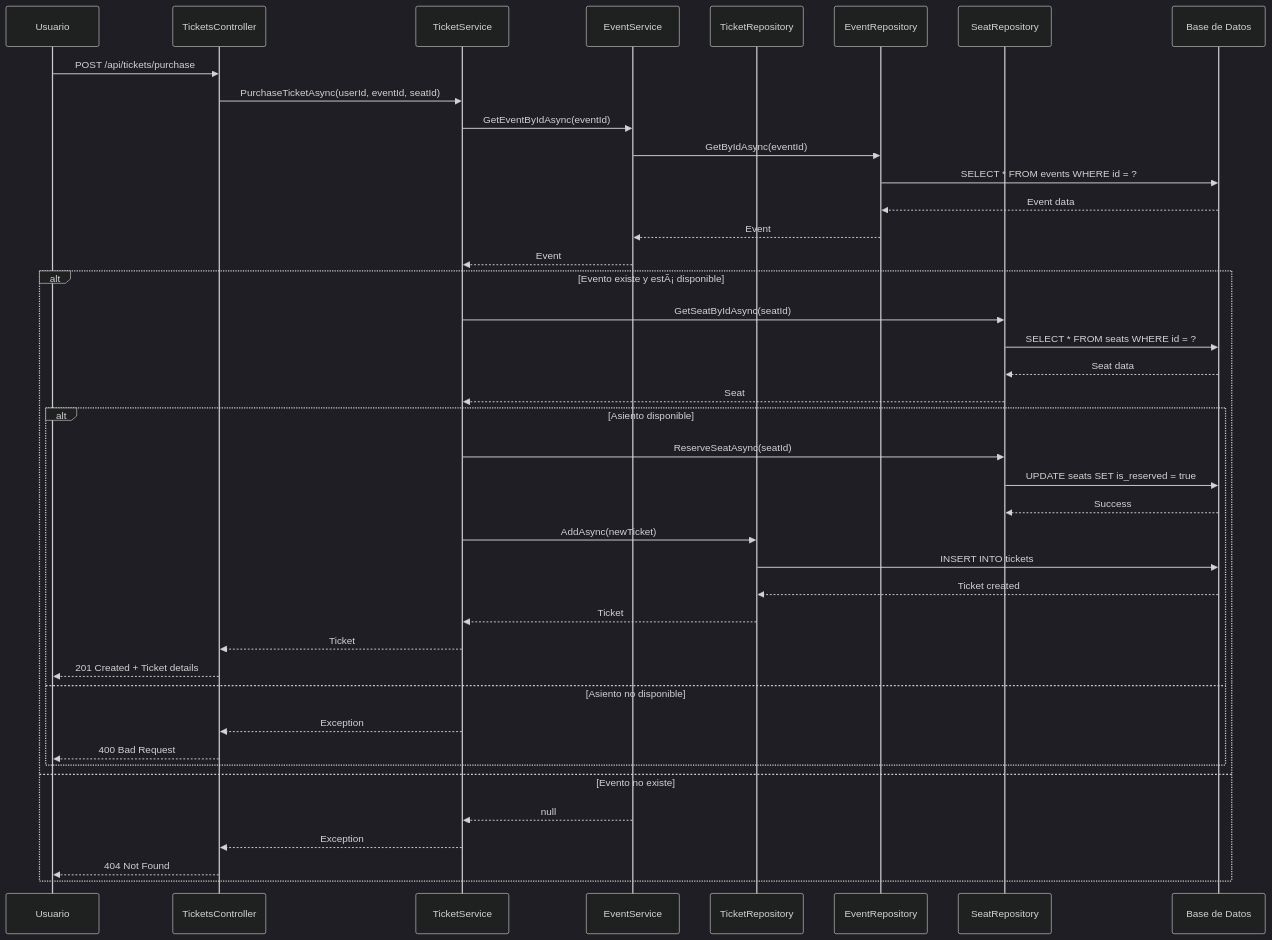
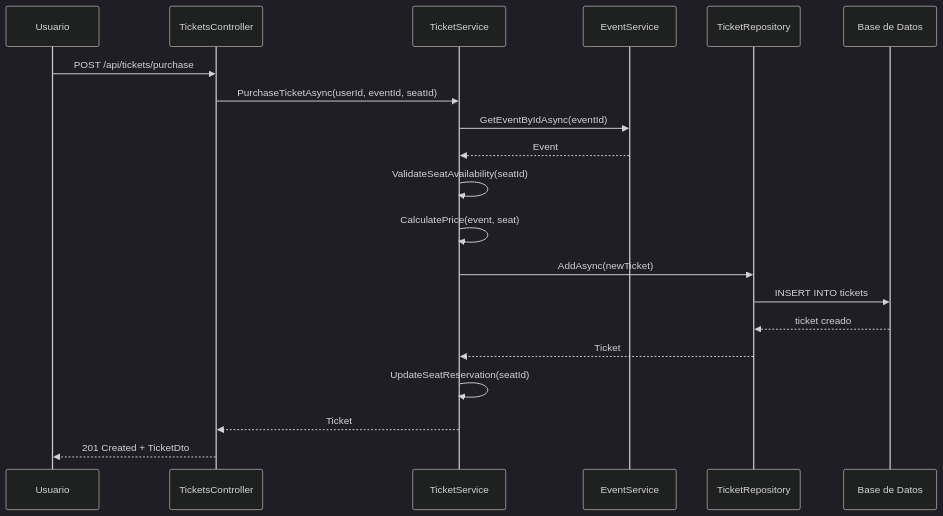
One commit to UPT-FAING-EPIS/examen-2025-ii-pds-u1-Wsalas651 changed the third of 5 diagrams in diagrams/class-diagram.md. Above: the diagram before and after it, drawn with Mermaid (dark theme). The commit also changed other lines of this file, not shown here.

Commit message:
📊 Update class diagram [skip ci]

````diff
--- a/diagrams/class-diagram.md
+++ b/diagrams/class-diagram.md
@@ -257,48 +245,23 @@
 ```mermaid
 sequenceDiagram
     participant U as Usuario
     participant TC as TicketsController
     participant TS as TicketService
     participant ES as EventService
     participant TR as TicketRepository
-    participant ER as EventRepository
-    participant SR as SeatRepository
     participant DB as Base de Datos
 
     U->>TC: POST /api/tickets/purchase
     TC->>TS: PurchaseTicketAsync(userId, eventId, seatId)
-    
     TS->>ES: GetEventByIdAsync(eventId)
-    ES->>ER: GetByIdAsync(eventId)
-    ER->>DB: SELECT * FROM events WHERE id = ?
-    DB-->>ER: Event data
-    ER-->>ES: Event
     ES-->>TS: Event
-    
-    alt Evento existe y estÃ¡ disponible
-        TS->>SR: GetSeatByIdAsync(seatId)
-        SR->>DB: SELECT * FROM seats WHERE id = ?
-        DB-->>SR: Seat data
-        SR-->>TS: Seat
-        
-        alt Asiento disponible
-            TS->>SR: ReserveSeatAsync(seatId)
-            SR->>DB: UPDATE seats SET is_reserved = true
-            DB-->>SR: Success
-            
-            TS->>TR: AddAsync(newTicket)
-            TR->>DB: INSERT INTO tickets
-            DB-->>TR: Ticket created
-            TR-->>TS: Ticket
-            TS-->>TC: Ticket
-            TC-->>U: 201 Created + Ticket details
-        else Asiento no disponible
-            TS-->>TC: Exception
-            TC-->>U: 400 Bad Request
-        end
-    else Evento no existe
-        ES-->>TS: null
-        TS-->>TC: Exception
-        TC-->>U: 404 Not Found
-    end
+    TS->>TS: ValidateSeatAvailability(seatId)
+    TS->>TS: CalculatePrice(event, seat)
+    TS->>TR: AddAsync(newTicket)
+    TR->>DB: INSERT INTO tickets
+    DB-->>TR: ticket creado
+    TR-->>TS: Ticket
+    TS->>TS: UpdateSeatReservation(seatId)
+    TS-->>TC: Ticket
+    TC-->>U: 201 Created + TicketDto
 ```
````
